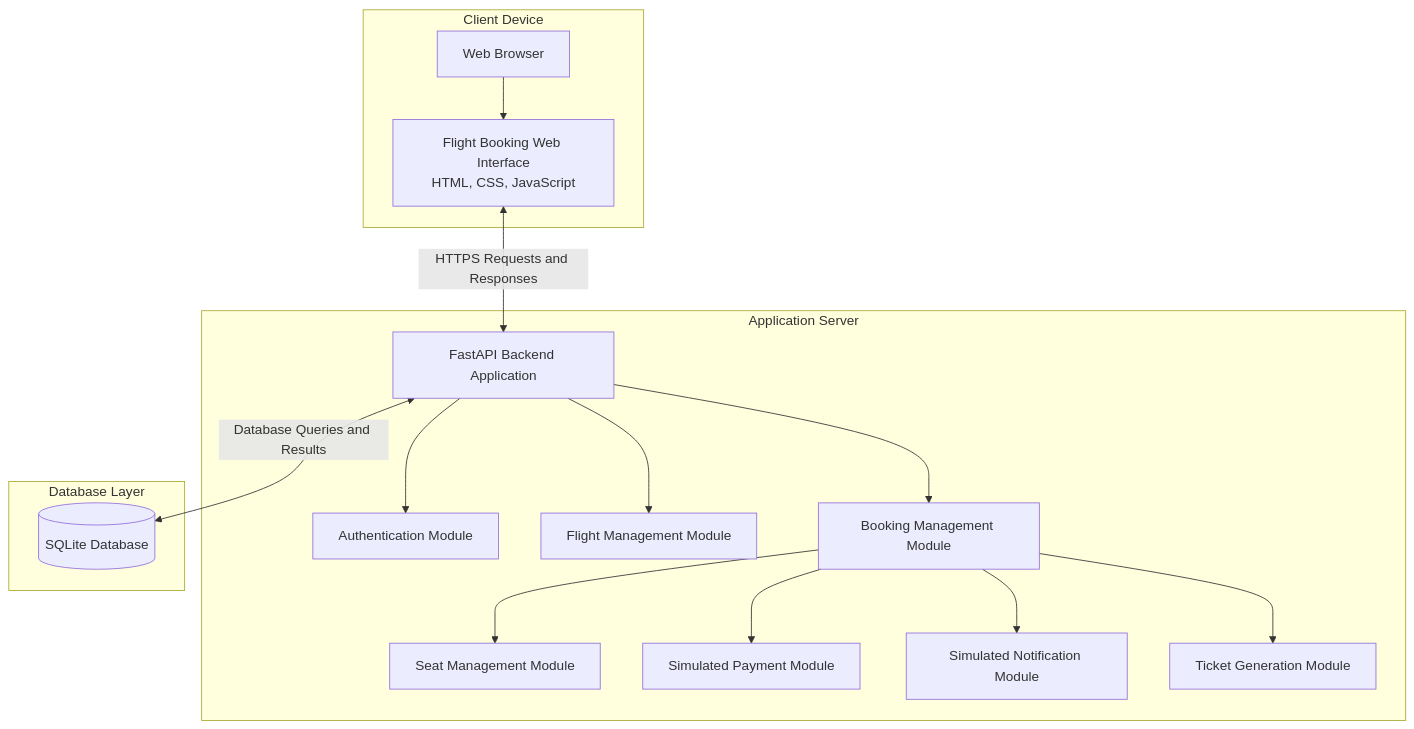
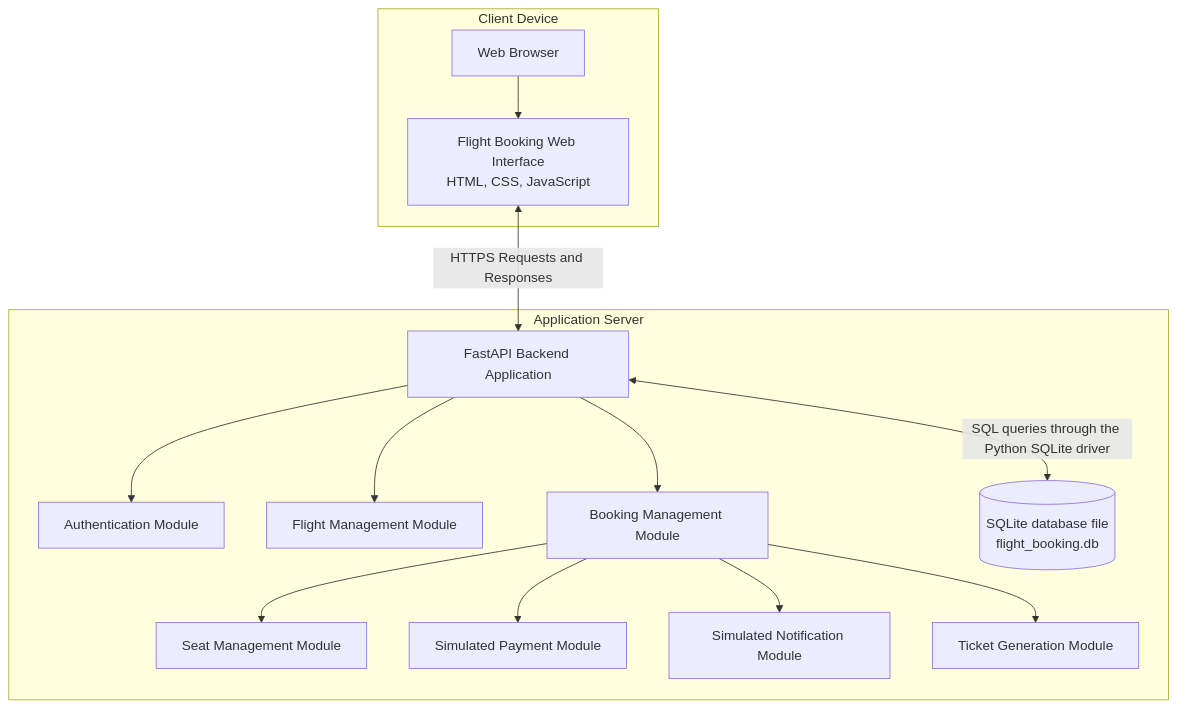
Before and after one commit to AbdalslamBondoq/Software-project-Flight-Booking-System: the diagram in uml/deployment_diagram.md, drawn with Mermaid. The commit also changed other lines of this file, not shown here.

Commit message:
docs: place the SQLite database file on the application server in the deployment diagram
SQLite is an embedded database stored as a file on the same machine as the FastAPI backend, not a separate database server. Moves it inside the Application Server node and updates the node table and deployment notes.

````diff
--- a/uml/deployment_diagram.md
+++ b/uml/deployment_diagram.md
@@ -11,35 +11,33 @@
 ```mermaid
 flowchart TB
     subgraph Client["Client Device"]
         Browser["Web Browser"]
         UI["Flight Booking Web Interface<br/>HTML, CSS, JavaScript"]
         Browser --> UI
     end
 
     subgraph Server["Application Server"]
         FastAPI["FastAPI Backend Application"]
 
         Auth["Authentication Module"]
         Flight["Flight Management Module"]
         Booking["Booking Management Module"]
         Seat["Seat Management Module"]
         Payment["Simulated Payment Module"]
         Notification["Simulated Notification Module"]
         Ticket["Ticket Generation Module"]
 
         FastAPI --> Auth
         FastAPI --> Flight
         FastAPI --> Booking
         Booking --> Seat
         Booking --> Payment
         Booking --> Notification
         Booking --> Ticket
-    end
 
-    subgraph DatabaseServer["Database Layer"]
-        DB[("SQLite Database")]
+        DB[("SQLite database file<br/>flight_booking.db")]
     end
 
     UI <-->|HTTPS Requests and Responses| FastAPI
-    FastAPI <-->|Database Queries and Results| DB
+    FastAPI <-->|SQL queries through the Python SQLite driver| DB
 ```
````
